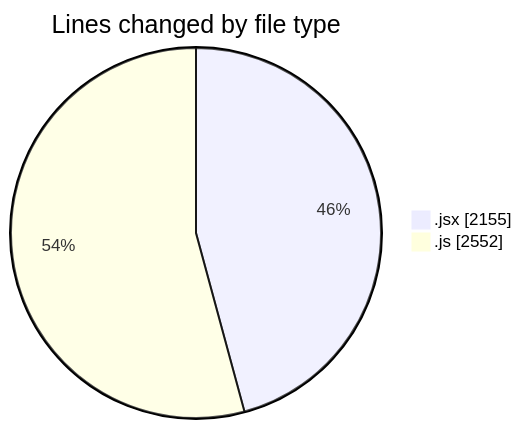
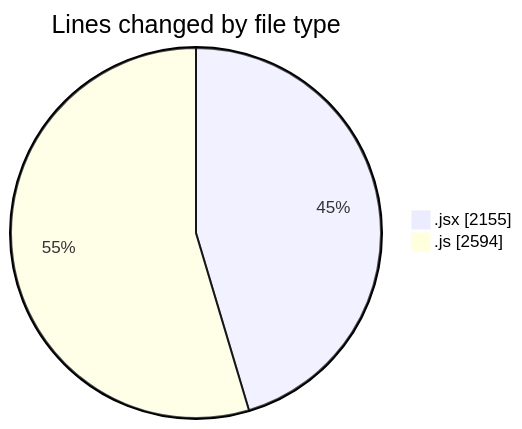
One commit to nxtqubesakshisongat/code-tracking changed the first of 2 diagrams in 2025-07-30/nxtqube_webapp/README.md. Above: the diagram before and after it, drawn with Mermaid. The commit also changed other lines of this file and 1 other file, not shown here.

````diff
--- a/2025-07-30/nxtqube_webapp/README.md
+++ b/2025-07-30/nxtqube_webapp/README.md
@@ -28,6 +29,6 @@
 ```mermaid
 pie showData
 title Lines changed by file type
 ".jsx" : 2155
-".js" : 2552
+".js" : 2594
 ```
````
